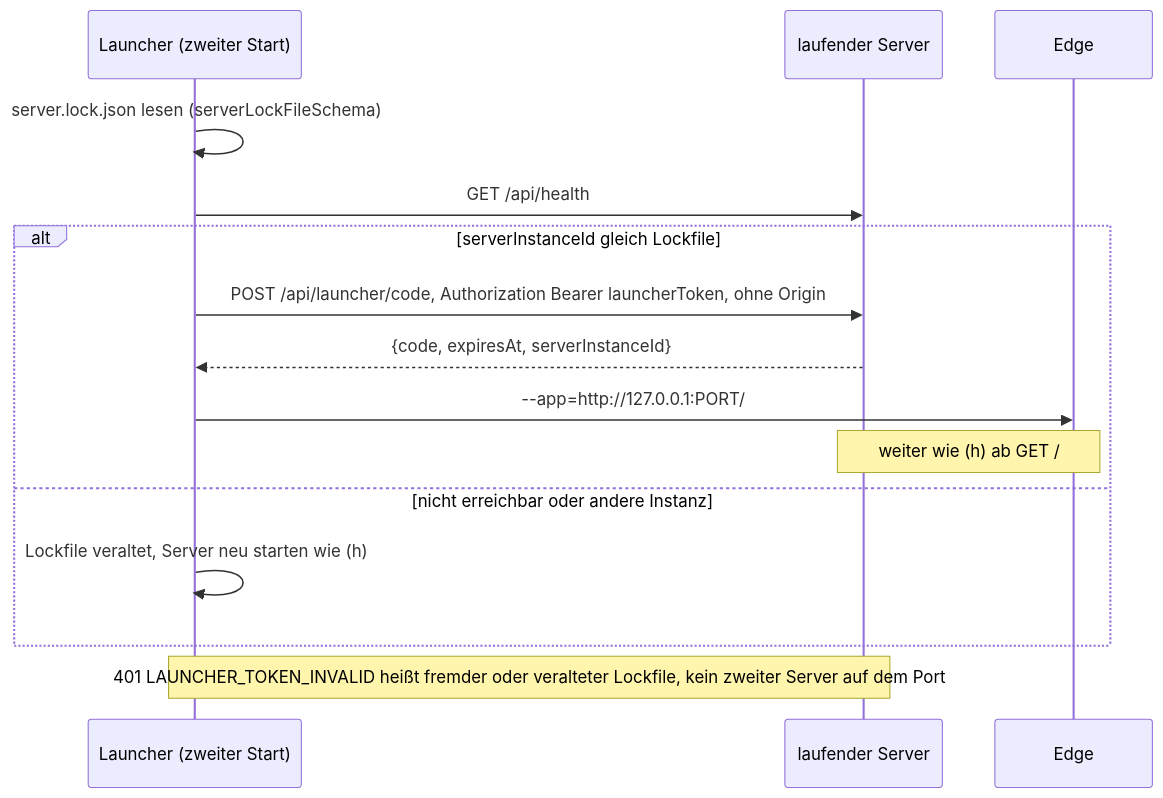
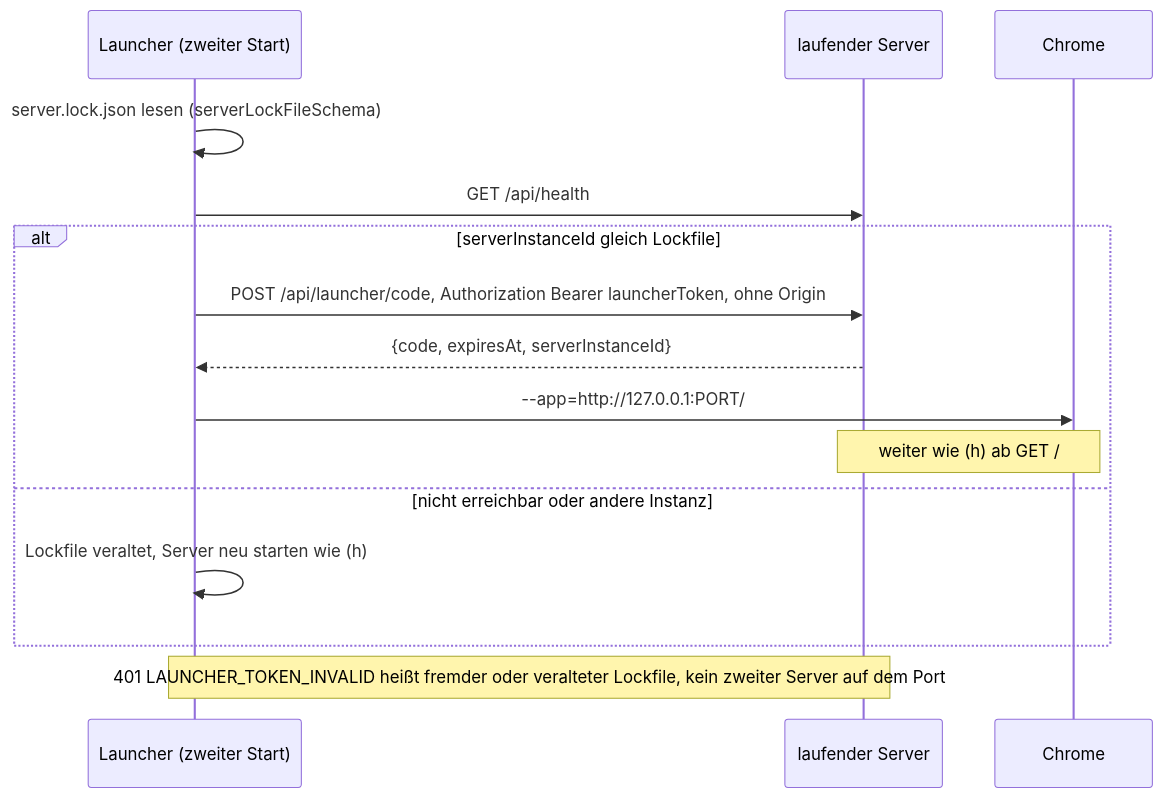
Before and after one commit to DerXHelp/parallax: the tenth of 10 diagrams in docs/architecture.md, drawn with Mermaid. The commit also changed other lines of this file and 45 other files, not shown here.

First line of the commit message:
CHROME: App-Fenster und E2E in Google Chrome statt Edge (ADR-136)

````diff
--- a/docs/architecture.md
+++ b/docs/architecture.md
@@ -931,17 +941,17 @@
 ```mermaid
 sequenceDiagram
   participant L as Launcher (zweiter Start)
   participant S as laufender Server
-  participant E as Edge
+  participant E as Chrome
   L->>L: server.lock.json lesen (serverLockFileSchema)
   L->>S: GET /api/health
   alt serverInstanceId gleich Lockfile
     L->>S: POST /api/launcher/code, Authorization Bearer launcherToken, ohne Origin
     S-->>L: {code, expiresAt, serverInstanceId}
     L->>E: --app=http://127.0.0.1:PORT/#code=CODE
     Note over E,S: weiter wie (h) ab GET /
   else nicht erreichbar oder andere Instanz
     L->>L: Lockfile veraltet, Server neu starten wie (h)
   end
   Note over L,S: 401 LAUNCHER_TOKEN_INVALID heißt fremder oder veralteter Lockfile, kein zweiter Server auf dem Port
 ```
````
